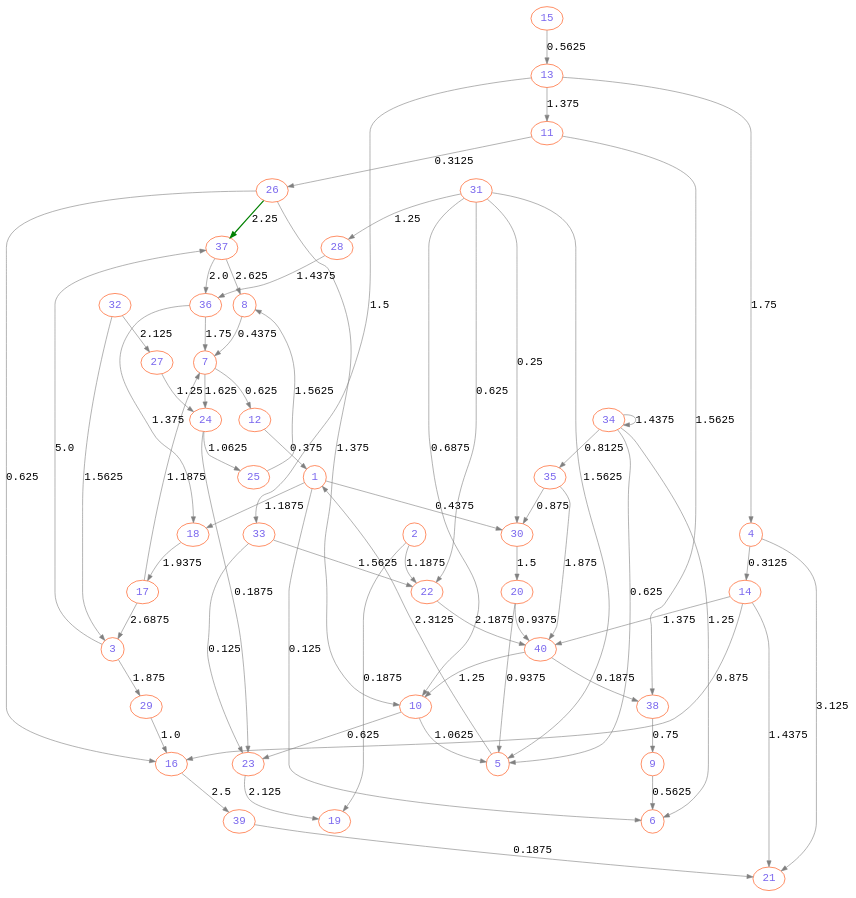
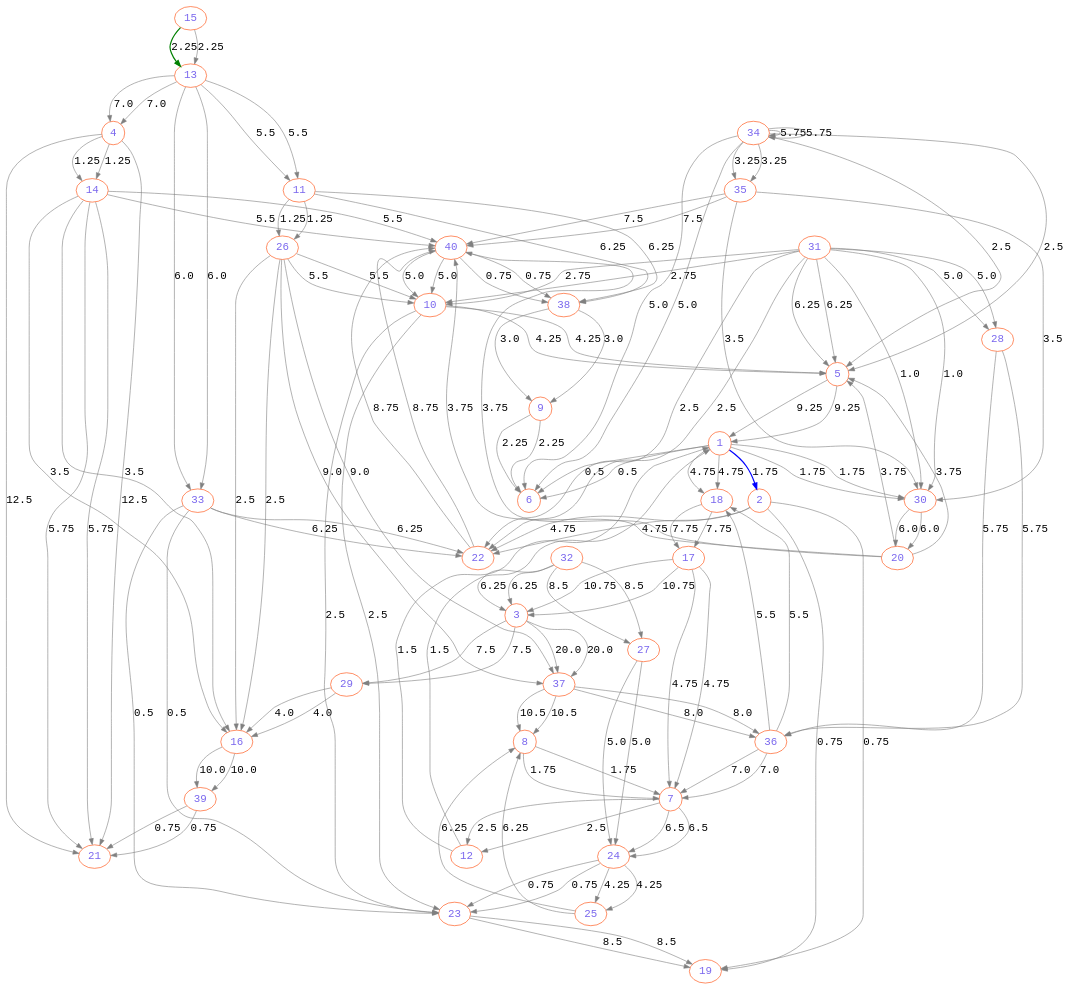
The diagram in image/graphTF.gv (MaxTer43/TF-201414715-201416643-201810133-201910127), drawn with Graphviz before and after one commit. The commit also changed 4 other files, not shown here.

```diff
--- a/image/graphTF.gv
+++ b/image/graphTF.gv
@@ -1,72 +1,140 @@
 digraph graphTF {
 	graph [layout=dot]
 	node [color=orangered fontcolor=mediumslateblue fontname=monospace fontsize=18 height=0.1 width=0.1]
 	edge [color=gray fontname=monospace fontsize=18]
-	26 -> 37 [label=2.25 color=green dir=forward penwidth=2]
-	1 -> 6 [label=0.125]
-	1 -> 18 [label=1.1875]
-	1 -> 30 [label=0.4375]
-	2 -> 19 [label=0.1875]
-	2 -> 22 [label=1.1875]
-	3 -> 29 [label=1.875]
-	3 -> 37 [label=5.0]
-	4 -> 14 [label=0.3125]
-	4 -> 21 [label=3.125]
-	5 -> 1 [label=2.3125]
-	7 -> 12 [label=0.625]
-	7 -> 24 [label=1.625]
-	8 -> 7 [label=0.4375]
-	9 -> 6 [label=0.5625]
-	10 -> 5 [label=1.0625]
-	10 -> 23 [label=0.625]
-	11 -> 26 [label=0.3125]
-	11 -> 38 [label=1.5625]
-	12 -> 1 [label=0.375]
-	13 -> 4 [label=1.75]
-	13 -> 11 [label=1.375]
-	13 -> 33 [label=1.5]
-	14 -> 16 [label=0.875]
-	14 -> 21 [label=1.4375]
-	14 -> 40 [label=1.375]
-	15 -> 13 [label=0.5625]
-	16 -> 39 [label=2.5]
-	17 -> 3 [label=2.6875]
-	17 -> 7 [label=1.1875]
-	18 -> 17 [label=1.9375]
-	20 -> 5 [label=0.9375]
-	20 -> 40 [label=0.9375]
-	22 -> 40 [label=2.1875]
-	23 -> 19 [label=2.125]
-	24 -> 23 [label=0.1875]
-	24 -> 25 [label=1.0625]
-	25 -> 8 [label=1.5625]
-	26 -> 10 [label=1.375]
-	26 -> 16 [label=0.625]
-	27 -> 24 [label=1.25]
-	28 -> 36 [label=1.4375]
-	29 -> 16 [label=1.0]
-	30 -> 20 [label=1.5]
-	31 -> 5 [label=1.5625]
-	31 -> 10 [label=0.6875]
-	31 -> 22 [label=0.625]
-	31 -> 28 [label=1.25]
-	31 -> 30 [label=0.25]
-	32 -> 3 [label=1.5625]
-	32 -> 27 [label=2.125]
-	33 -> 22 [label=1.5625]
-	33 -> 23 [label=0.125]
-	34 -> 5 [label=0.625]
-	34 -> 6 [label=1.25]
-	34 -> 34 [label=1.4375]
-	34 -> 35 [label=0.8125]
-	35 -> 30 [label=0.875]
-	35 -> 40 [label=1.875]
-	36 -> 7 [label=1.75]
-	36 -> 18 [label=1.375]
-	37 -> 8 [label=2.625]
-	37 -> 36 [label=2.0]
-	38 -> 9 [label=0.75]
-	39 -> 21 [label=0.1875]
-	40 -> 10 [label=1.25]
-	40 -> 38 [label=0.1875]
+	15 -> 13 [label=2.25 color=green dir=forward penwidth=2]
+	1 -> 6 [label=0.5]
+	1 -> 18 [label=4.75]
+	1 -> 30 [label=1.75]
+	2 -> 19 [label=0.75]
+	2 -> 22 [label=4.75]
+	3 -> 29 [label=7.5]
+	3 -> 37 [label=20.0]
+	4 -> 14 [label=1.25]
+	4 -> 21 [label=12.5]
+	5 -> 1 [label=9.25]
+	7 -> 12 [label=2.5]
+	7 -> 24 [label=6.5]
+	8 -> 7 [label=1.75]
+	9 -> 6 [label=2.25]
+	10 -> 5 [label=4.25]
+	10 -> 23 [label=2.5]
+	11 -> 26 [label=1.25]
+	11 -> 38 [label=6.25]
+	12 -> 1 [label=1.5]
+	13 -> 4 [label=7.0]
+	13 -> 11 [label=5.5]
+	13 -> 33 [label=6.0]
+	14 -> 16 [label=3.5]
+	14 -> 21 [label=5.75]
+	14 -> 40 [label=5.5]
+	16 -> 39 [label=10.0]
+	17 -> 3 [label=10.75]
+	17 -> 7 [label=4.75]
+	18 -> 17 [label=7.75]
+	20 -> 5 [label=3.75]
+	20 -> 40 [label=3.75]
+	22 -> 40 [label=8.75]
+	23 -> 19 [label=8.5]
+	24 -> 23 [label=0.75]
+	24 -> 25 [label=4.25]
+	25 -> 8 [label=6.25]
+	26 -> 10 [label=5.5]
+	26 -> 16 [label=2.5]
+	26 -> 37 [label=9.0]
+	27 -> 24 [label=5.0]
+	28 -> 36 [label=5.75]
+	29 -> 16 [label=4.0]
+	30 -> 20 [label=6.0]
+	31 -> 5 [label=6.25]
+	31 -> 10 [label=2.75]
+	31 -> 22 [label=2.5]
+	31 -> 28 [label=5.0]
+	31 -> 30 [label=1.0]
+	32 -> 3 [label=6.25]
+	32 -> 27 [label=8.5]
+	33 -> 22 [label=6.25]
+	33 -> 23 [label=0.5]
+	34 -> 5 [label=2.5]
+	34 -> 6 [label=5.0]
+	34 -> 34 [label=5.75]
+	34 -> 35 [label=3.25]
+	35 -> 30 [label=3.5]
+	35 -> 40 [label=7.5]
+	36 -> 7 [label=7.0]
+	36 -> 18 [label=5.5]
+	37 -> 8 [label=10.5]
+	37 -> 36 [label=8.0]
+	38 -> 9 [label=3.0]
+	39 -> 21 [label=0.75]
+	40 -> 10 [label=5.0]
+	40 -> 38 [label=0.75]
+	1 -> 2 [label=1.75 color=blue dir=forward penwidth=2]
+	1 -> 6 [label=0.5]
+	1 -> 18 [label=4.75]
+	1 -> 30 [label=1.75]
+	2 -> 19 [label=0.75]
+	2 -> 22 [label=4.75]
+	3 -> 29 [label=7.5]
+	3 -> 37 [label=20.0]
+	4 -> 14 [label=1.25]
+	4 -> 21 [label=12.5]
+	5 -> 1 [label=9.25]
+	7 -> 12 [label=2.5]
+	7 -> 24 [label=6.5]
+	8 -> 7 [label=1.75]
+	9 -> 6 [label=2.25]
+	10 -> 5 [label=4.25]
+	10 -> 23 [label=2.5]
+	11 -> 26 [label=1.25]
+	11 -> 38 [label=6.25]
+	12 -> 1 [label=1.5]
+	13 -> 4 [label=7.0]
+	13 -> 11 [label=5.5]
+	13 -> 33 [label=6.0]
+	14 -> 16 [label=3.5]
+	14 -> 21 [label=5.75]
+	14 -> 40 [label=5.5]
+	15 -> 13 [label=2.25]
+	16 -> 39 [label=10.0]
+	17 -> 3 [label=10.75]
+	17 -> 7 [label=4.75]
+	18 -> 17 [label=7.75]
+	20 -> 5 [label=3.75]
+	20 -> 40 [label=3.75]
+	22 -> 40 [label=8.75]
+	23 -> 19 [label=8.5]
+	24 -> 23 [label=0.75]
+	24 -> 25 [label=4.25]
+	25 -> 8 [label=6.25]
+	26 -> 10 [label=5.5]
+	26 -> 16 [label=2.5]
+	26 -> 37 [label=9.0]
+	27 -> 24 [label=5.0]
+	28 -> 36 [label=5.75]
+	29 -> 16 [label=4.0]
+	30 -> 20 [label=6.0]
+	31 -> 5 [label=6.25]
+	31 -> 10 [label=2.75]
+	31 -> 22 [label=2.5]
+	31 -> 28 [label=5.0]
+	31 -> 30 [label=1.0]
+	32 -> 3 [label=6.25]
+	32 -> 27 [label=8.5]
+	33 -> 22 [label=6.25]
+	33 -> 23 [label=0.5]
+	34 -> 5 [label=2.5]
+	34 -> 6 [label=5.0]
+	34 -> 34 [label=5.75]
+	34 -> 35 [label=3.25]
+	35 -> 30 [label=3.5]
+	35 -> 40 [label=7.5]
+	36 -> 7 [label=7.0]
+	36 -> 18 [label=5.5]
+	37 -> 8 [label=10.5]
+	37 -> 36 [label=8.0]
+	38 -> 9 [label=3.0]
+	39 -> 21 [label=0.75]
+	40 -> 10 [label=5.0]
+	40 -> 38 [label=0.75]
 }
```
